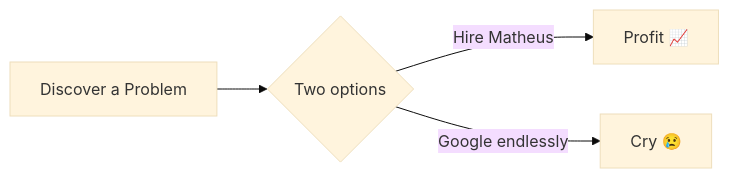
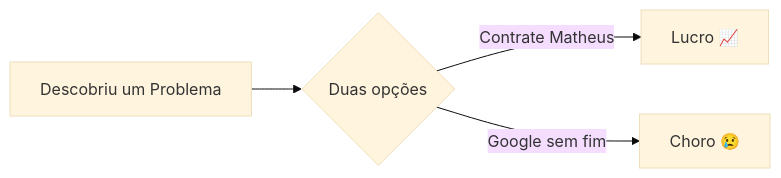
One commit to AspMartins999/AspMartins999 changed the diagram in README.md. Above: the diagram before and after it, drawn with Mermaid (base theme). The commit also changed other lines of this file and 10 other files, not shown here.

````diff
--- a/README.md
+++ b/README.md
@@ -119,8 +113,8 @@
 ```mermaid
 flowchart LR
     direction LR
-    A[Discover a Problem] --> B{Two options}
-    B -->|Hire Matheus| C[Profit 📈]
-    B -->|Google endlessly| D[Cry 😢]
-    click C "https://www.linkedin.com/in/matheus-martins-dev/" "Let's talk!"
+    A[Descobriu um Problema] --> B{Duas opções}
+    B -->|Contrate Matheus| C[Lucro 📈]
+    B -->|Google sem fim| D[Choro 😢]
+    click C "https://www.linkedin.com/in/matheus-martins-dev/" "Vamos conversar!"
 ```
````
